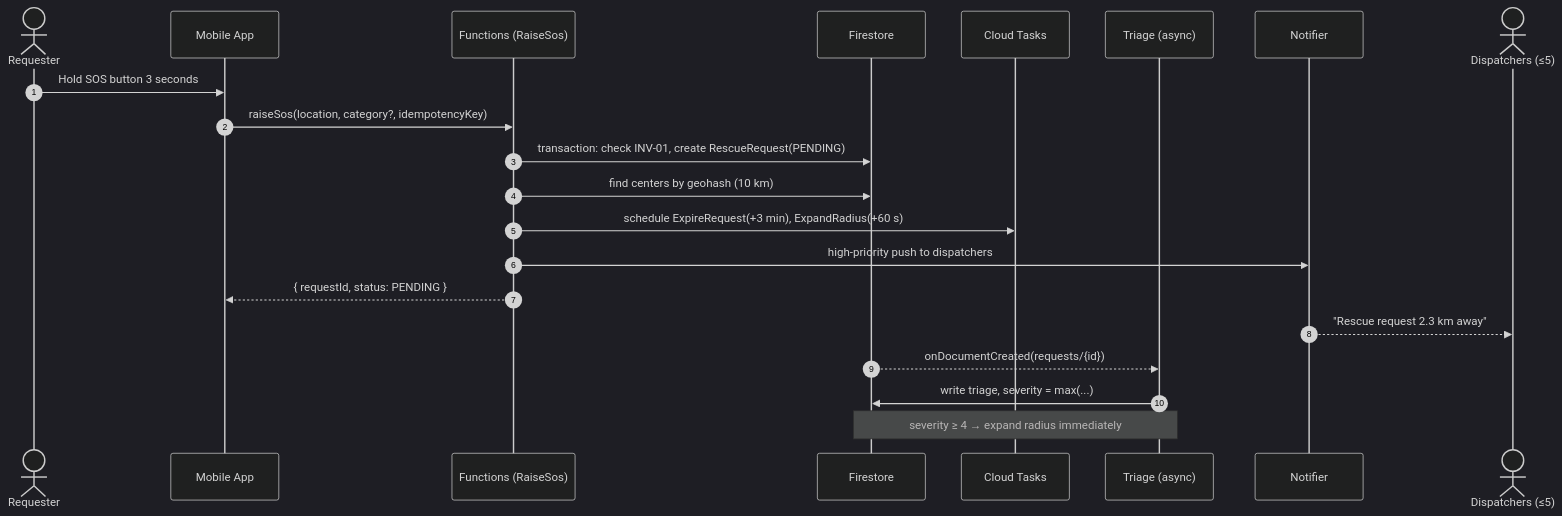
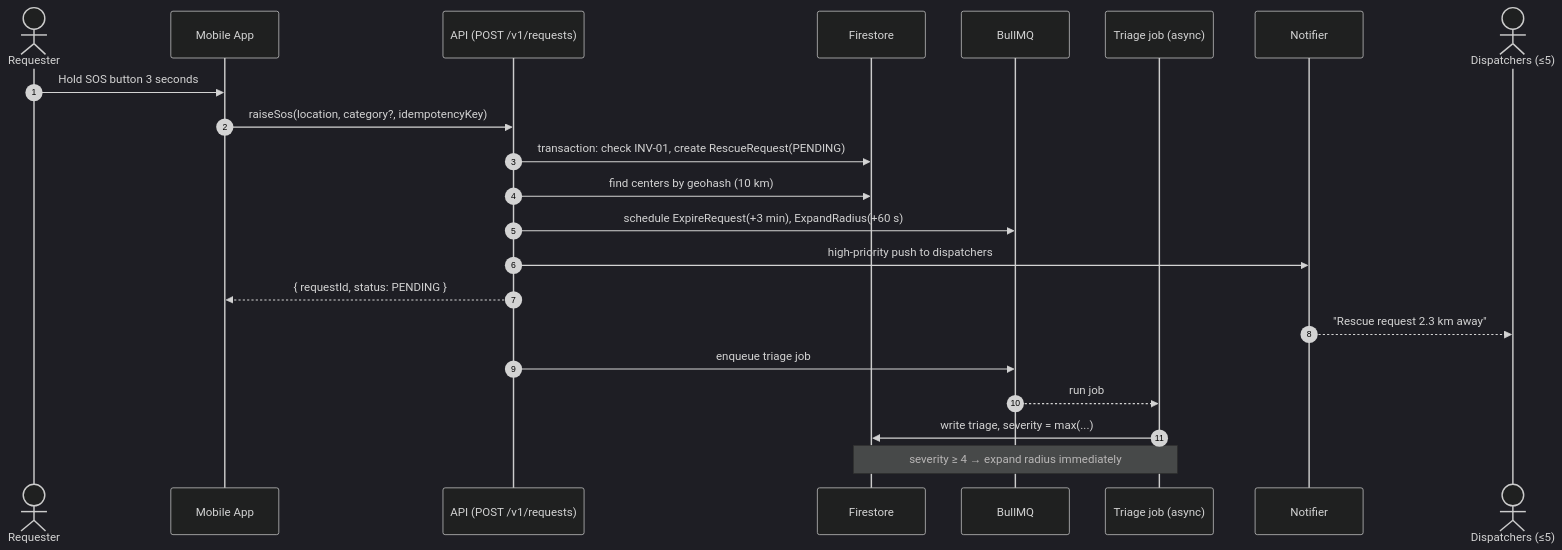
One commit to dunguyen-311201/graduation-project changed the third of 5 diagrams in docs/03-design/hld.md. Above: the diagram before and after it, drawn with Mermaid (dark theme). The commit also changed other lines of this file and 14 other files, not shown here.

First line of the commit message:
docs: ADR-0013 keep Firestore; align HLD/LLD/roadmap with NestJS API

````diff
--- a/docs/03-design/hld.md
+++ b/docs/03-design/hld.md
@@ -90,24 +94,25 @@
 ```mermaid
 sequenceDiagram
   autonumber
   actor R as Requester
   participant App as Mobile App
-  participant Fn as Functions (RaiseSos)
+  participant Fn as API (POST /v1/requests)
   participant DB as Firestore
-  participant T as Cloud Tasks
-  participant AI as Triage (async)
+  participant T as BullMQ
+  participant AI as Triage job (async)
   participant N as Notifier
   actor D as Dispatchers (≤5)
 
   R->>App: Hold SOS button 3 seconds
   App->>Fn: raiseSos(location, category?, idempotencyKey)
   Fn->>DB: transaction: check INV-01, create RescueRequest(PENDING)
   Fn->>DB: find centers by geohash (10 km)
   Fn->>T: schedule ExpireRequest(+3 min), ExpandRadius(+60 s)
   Fn->>N: high-priority push to dispatchers
   Fn-->>App: { requestId, status: PENDING }
   N-->>D: "Rescue request 2.3 km away"
-  DB-->>AI: onDocumentCreated(requests/{id})
+  Fn->>T: enqueue triage job
+  T-->>AI: run job
   AI->>DB: write triage, severity = max(...)
   Note over AI,DB: severity ≥ 4 → expand radius immediately
 ```
````
